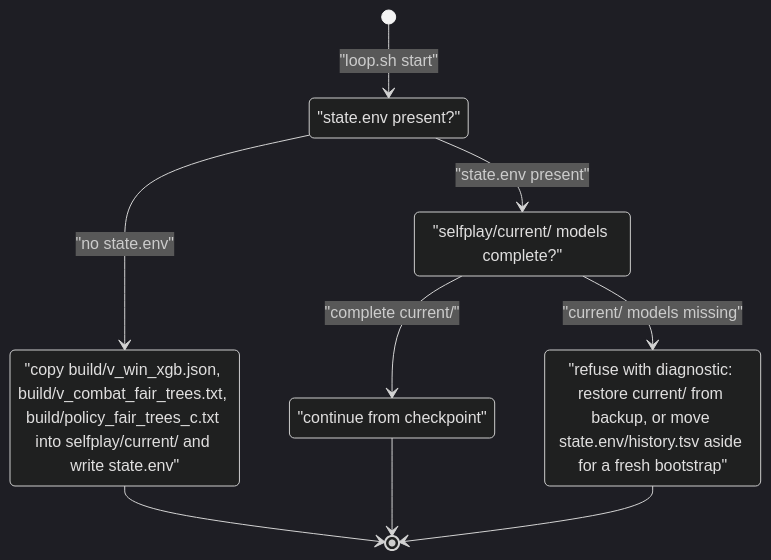
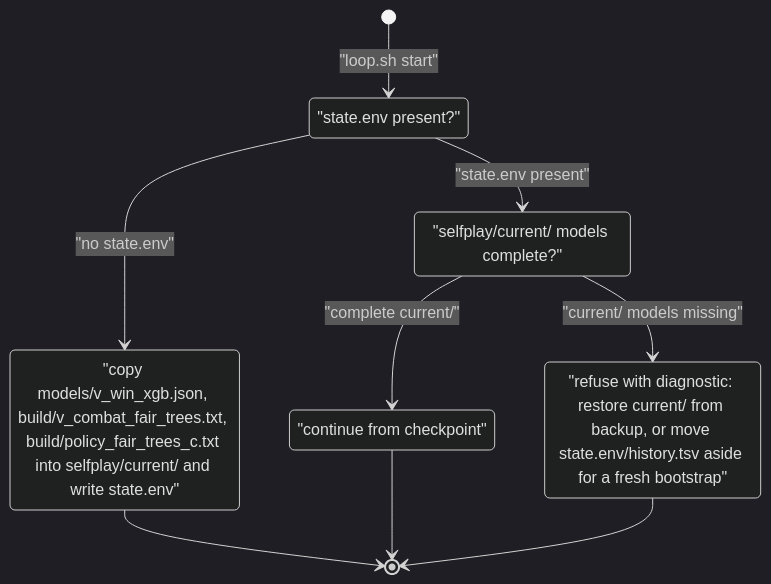
The first of 2 diagrams in docs/knowledge-base/operations/selfplay-loop.md (pherrman1/sts_ai), drawn with Mermaid (dark theme) before and after one commit. The commit also changed other lines of this file and 39 other files, not shown here.

First line of the commit message:
hygiene: relocate tracked build/ models to models/; make build/ disposable

````diff
--- a/docs/knowledge-base/operations/selfplay-loop.md
+++ b/docs/knowledge-base/operations/selfplay-loop.md
@@ -47,16 +49,16 @@
 ```mermaid
 stateDiagram-v2
     [*] --> HasStateEnv: "loop.sh start"
     HasStateEnv: "state.env present?"
     HasStateEnv --> Fresh: "no state.env"
     HasStateEnv --> CurrentComplete: "state.env present"
     CurrentComplete: "selfplay/current/ models complete?"
     CurrentComplete --> Resume: "complete current/"
     CurrentComplete --> Repair: "current/ models missing"
-    Fresh: "copy build/v_win_xgb.json, build/v_combat_fair_trees.txt, build/policy_fair_trees_c.txt into selfplay/current/ and write state.env"
+    Fresh: "copy models/v_win_xgb.json, build/v_combat_fair_trees.txt, build/policy_fair_trees_c.txt into selfplay/current/ and write state.env"
     Resume: "continue from checkpoint"
     Repair: "refuse with diagnostic: restore current/ from backup, or move state.env/history.tsv aside for a fresh bootstrap"
     Fresh --> [*]
     Resume --> [*]
     Repair --> [*]
 ```
````
